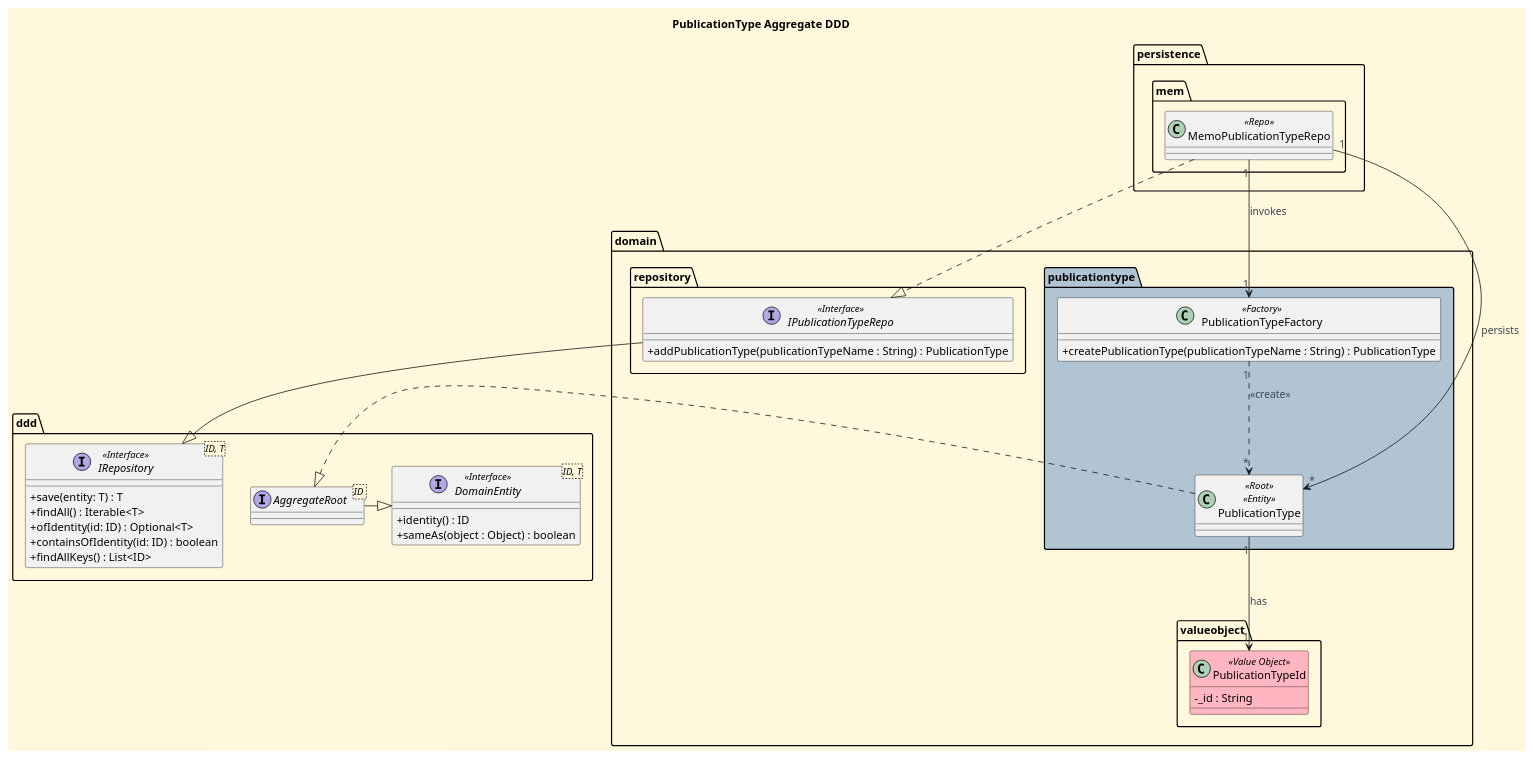
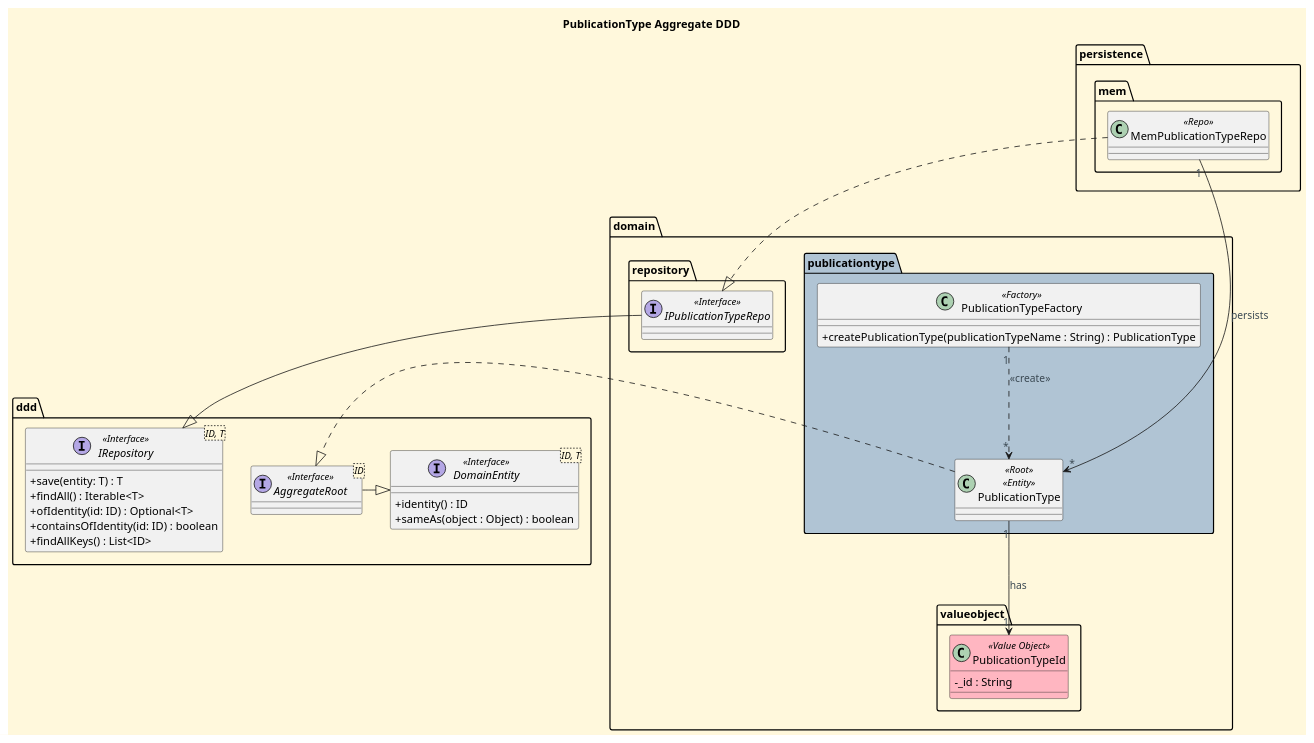
One commit to CarolinaLeite-collab/JavaMarketplacePlatform changed the diagram in docs/aggregates-diagrams/Publication_Type_Aggregate.puml. Above: the diagram before and after it, drawn with PlantUML.

Commit message:
docs: remove addPublicationType method from PublicationType Aggregate diagram, other minor fixes, ref. #621

```diff
--- a/docs/aggregates-diagrams/Publication_Type_Aggregate.puml
+++ b/docs/aggregates-diagrams/Publication_Type_Aggregate.puml
@@ -1,91 +1,88 @@
 @startuml
 'https://plantuml.com/class-diagram
 title PublicationType Aggregate DDD
 
 '==== basic style ====
 skinparam monochrome false
 skinparam shadowing false
 skinparam defaultFontName Futura
 skinparam objectFontSize 20
 skinparam backgroundColor CornSilk
 skinparam objectBackgroundColor WhiteSmoke
 skinparam noteBackgroundColor #FFFFE0
 skinparam ArrowFontColor #3B4953
 skinparam ActivationBackgroundColor black
 skinparam classAttributeIconSize 0
 
 top to bottom direction
 
 package "persistence" {
 
     package "mem" {
 
-        class MemoPublicationTypeRepo <<Repo>> {
+        class MemPublicationTypeRepo <<Repo>> {
 
         }
 
     }
 }
 
 package "domain" {
 
     package "repository" {
 
         interface IPublicationTypeRepo <<Interface>> {
-        + addPublicationType(publicationTypeName : String) : PublicationType
         }
 
     }
 
     package "valueobject" {
         class PublicationTypeId <<Value Object>> #LightPink {
         - _id : String
         }
     }
 
     package "publicationtype" #b0c4d4 {
 
         class PublicationType <<Root>> <<Entity>> {
         }
 
         class PublicationTypeFactory <<Factory>> {
         + createPublicationType(publicationTypeName : String) : PublicationType
 
         }
 
     }
 
 }
 
 Package "ddd" {
     interface IRepository<ID, T> <<Interface>> {
         +save(entity: T) : T
         +findAll() : Iterable<T>
         +ofIdentity(id: ID) : Optional<T>
         +containsOfIdentity(id: ID) : boolean
         +findAllKeys() : List<ID>
     }
 
-    interface AggregateRoot <ID >{
+    interface AggregateRoot <ID> <<Interface>>{
     }
 
     interface DomainEntity<ID, T> <<Interface>> {
         +identity() : ID
         +sameAs(object : Object) : boolean
     }
 }
 
 
-MemoPublicationTypeRepo ..|> IPublicationTypeRepo
+MemPublicationTypeRepo ..|> IPublicationTypeRepo
 IPublicationTypeRepo --|> IRepository
-MemoPublicationTypeRepo "1" --> "1" PublicationTypeFactory : invokes
-
-MemoPublicationTypeRepo "1" --> "*" PublicationType : persists
+MemPublicationTypeRepo "1" --> "*" PublicationType : persists
 
 PublicationType "1" --> "1" PublicationTypeId: has
 
 PublicationTypeFactory "1" ..> "*" PublicationType: <<create>>
 AggregateRoot -|> DomainEntity
 PublicationType .|> AggregateRoot
 
 @enduml
```
